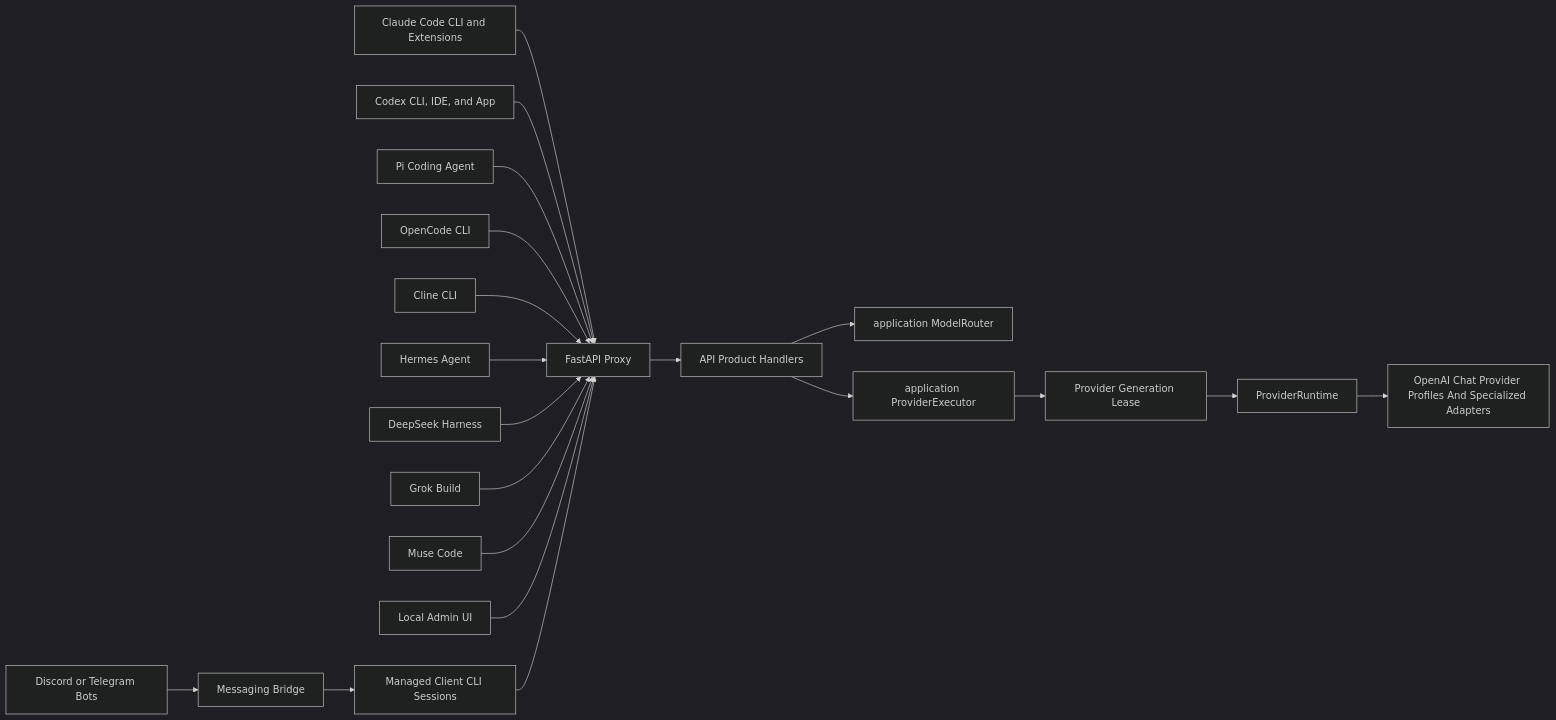
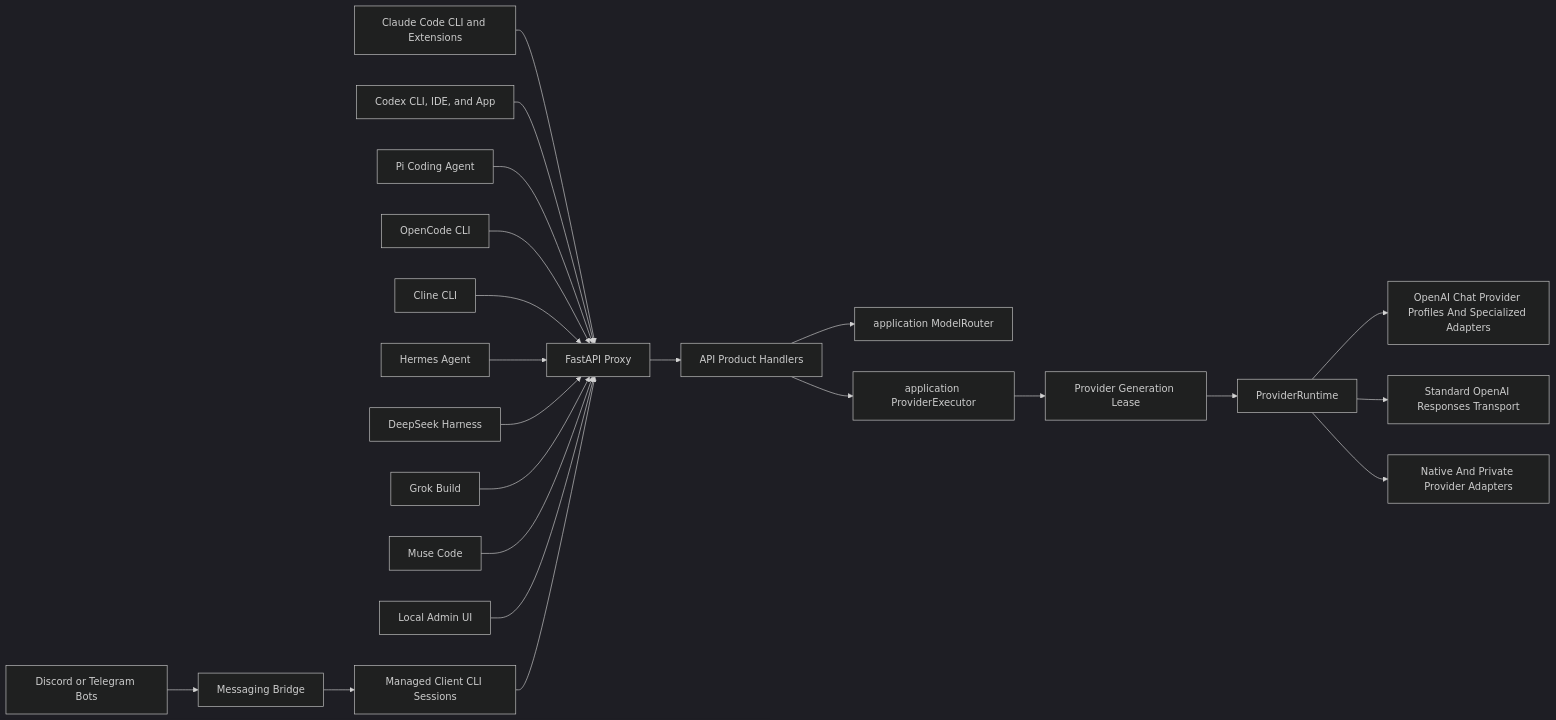
Before and after one commit to MysticCoss/free-claude-code: the first of 3 diagrams in ARCHITECTURE.md, drawn with Mermaid (dark theme). The commit also changed other lines of this file and 13 other files, not shown here.

First line of the commit message:
Route OpenCode models by catalog transport (#1540)

````diff
--- a/ARCHITECTURE.md
+++ b/ARCHITECTURE.md
@@ -29,22 +29,24 @@
 ```mermaid
 flowchart LR
     ClaudeCode[Claude Code CLI and Extensions] --> ProxyAPI[FastAPI Proxy]
     Codex[Codex CLI, IDE, and App] --> ProxyAPI
     Pi[Pi Coding Agent] --> ProxyAPI
     OpenCode[OpenCode CLI] --> ProxyAPI
     Cline[Cline CLI] --> ProxyAPI
     Hermes[Hermes Agent] --> ProxyAPI
     DSH[DeepSeek Harness] --> ProxyAPI
     Grok[Grok Build] --> ProxyAPI
     Muse[Muse Code] --> ProxyAPI
     AdminUI[Local Admin UI] --> ProxyAPI
     Bots[Discord or Telegram Bots] --> Messaging[Messaging Bridge]
     Messaging --> ClientCLI[Managed Client CLI Sessions]
     ClientCLI --> ProxyAPI
     ProxyAPI --> Handlers[API Product Handlers]
     Handlers --> Router[application ModelRouter]
     Handlers --> Executor[application ProviderExecutor]
     Executor --> Lease[Provider Generation Lease]
     Lease --> Providers[ProviderRuntime]
     Providers --> OpenAIChat[OpenAI Chat Provider Profiles And Specialized Adapters]
+    Providers --> OpenAIResponses[Standard OpenAI Responses Transport]
+    Providers --> NativeProviders[Native And Private Provider Adapters]
 ```
````
